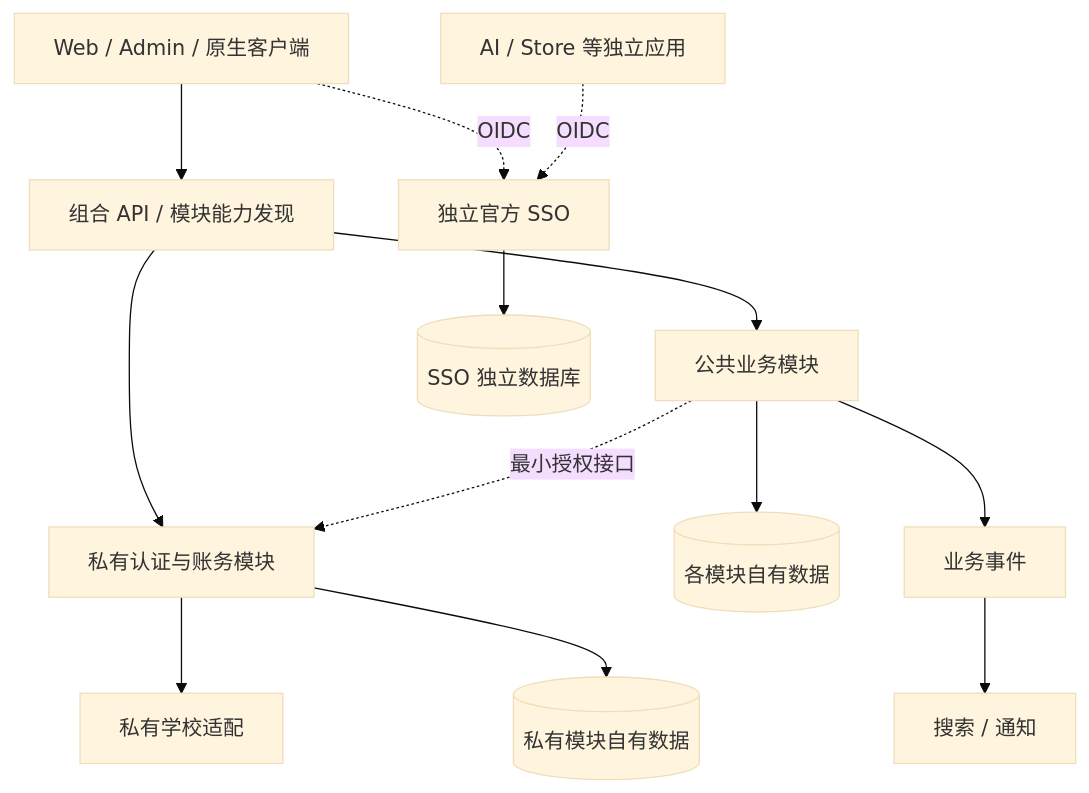
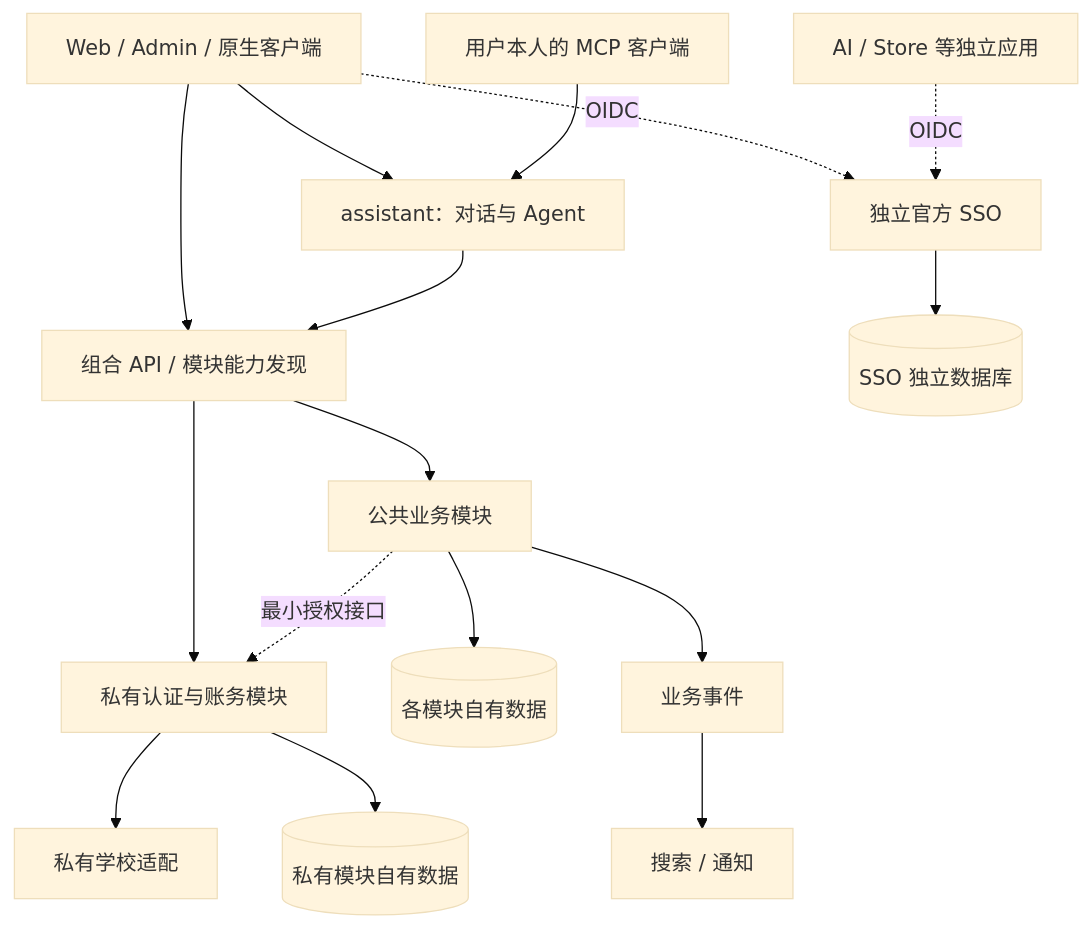
The diagram in docs/design/platform-architecture.md (StuHelper/stuhelper-next), drawn with Mermaid (base theme) before and after one commit. The commit also changed other lines of this file and 24 other files, not shown here.

````diff
--- a/docs/design/platform-architecture.md
+++ b/docs/design/platform-architecture.md
@@ -21,15 +21,18 @@
 ```mermaid
 flowchart TB
   CLIENT[Web / Admin / 原生客户端] --> API[组合 API / 模块能力发现]
   CLIENT -. OIDC .-> SSO[独立官方 SSO]
+  CLIENT --> AGENT[assistant：对话与 Agent]
+  MCP[用户本人的 MCP 客户端] --> AGENT
+  AGENT --> API
   API --> CORE[公共业务模块]
   API --> PRIVATE[私有认证与账务模块]
   CORE -. 最小授权接口 .-> PRIVATE
   PRIVATE --> ADAPTER[私有学校适配]
   CORE --> DATA[(各模块自有数据)]
   PRIVATE --> PDATA[(私有模块自有数据)]
   CORE --> EVENTS[业务事件]
   EVENTS --> OPTIONAL[搜索 / 通知]
   AI[AI / Store 等独立应用] -. OIDC .-> SSO
   SSO --> SDB[(SSO 独立数据库)]
 ```
````
